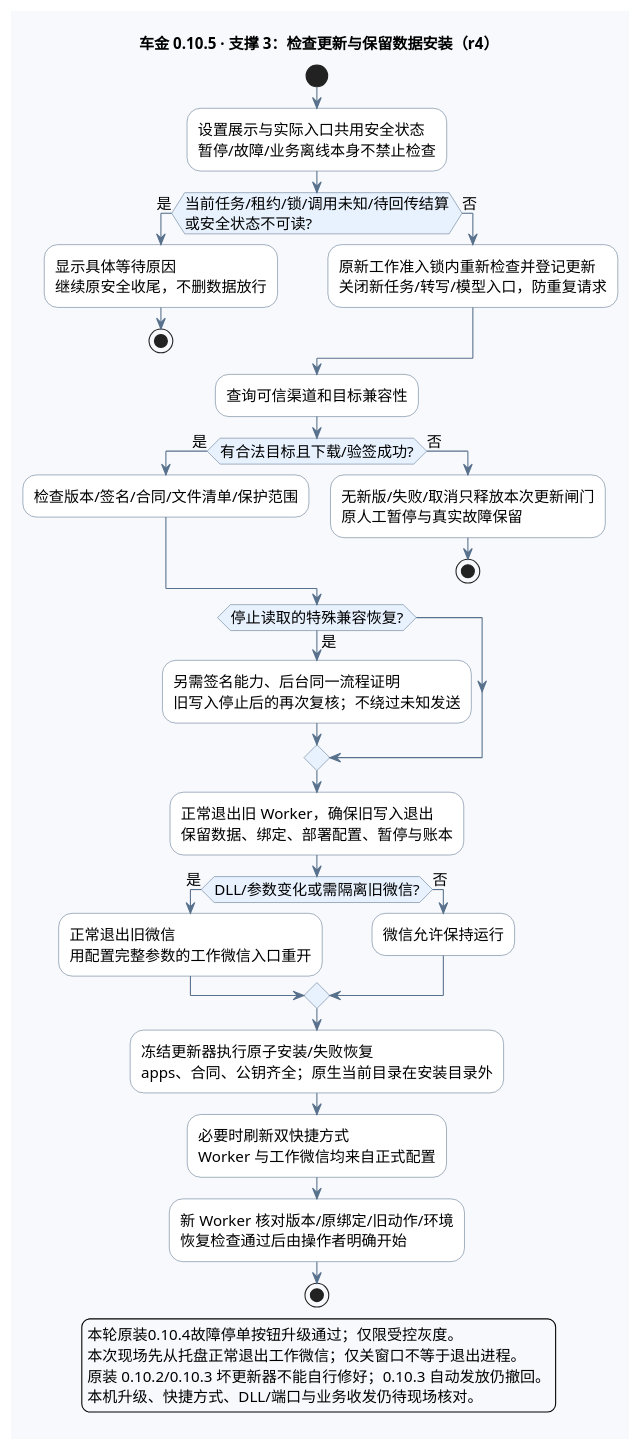
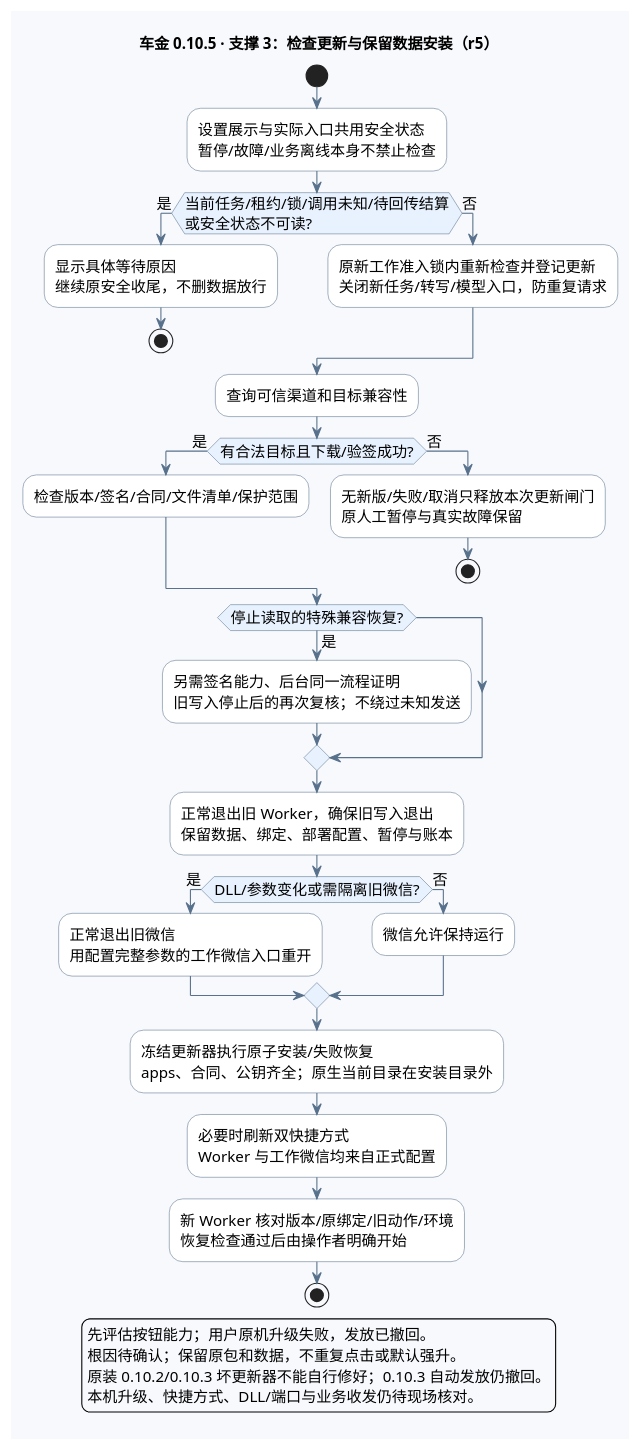
Before and after one commit to edwardzhang0304/chejin-ai-sales: the fourth of 4 diagrams in deliverables/AI智能客服售前跟进系统_全流程图_v0.10.5.puml, drawn with PlantUML. The commit also changed other lines of this file and 9 other files, not shown here.

```diff
--- a/deliverables/AI智能客服售前跟进系统_全流程图_v0.10.5.puml
+++ b/deliverables/AI智能客服售前跟进系统_全流程图_v0.10.5.puml
@@ -277,60 +277,60 @@
 @startuml update
 !pragma layout smetana
 skinparam defaultFontName "PingFang SC"
 skinparam defaultFontSize 14
 skinparam backgroundColor #F7F9FC
 skinparam shadowing false
 skinparam activityBackgroundColor #FFFFFF
 skinparam activityBorderColor #58718C
 skinparam activityDiamondBackgroundColor #E8F2FE
 skinparam activityDiamondBorderColor #58718C
 skinparam ArrowColor #58718C
 skinparam noteBackgroundColor #FFF4D9
 skinparam noteBorderColor #CDA556
-title 车金 0.10.5 · 支撑 3：检查更新与保留数据安装（r4）
+title 车金 0.10.5 · 支撑 3：检查更新与保留数据安装（r5）
 start
 :设置展示与实际入口共用安全状态
 暂停/故障/业务离线本身不禁止检查;
 if (当前任务/租约/锁/调用未知/待回传结算
 或安全状态不可读?) then (是)
   :显示具体等待原因
 继续原安全收尾，不删数据放行;
   stop
 else (否)
   :原新工作准入锁内重新检查并登记更新
 关闭新任务/转写/模型入口，防重复请求;
 endif
 :查询可信渠道和目标兼容性;
 if (有合法目标且下载/验签成功?) then (是)
   :检查版本/签名/合同/文件清单/保护范围;
 else (否)
   :无新版/失败/取消只释放本次更新闸门
 原人工暂停与真实故障保留;
   stop
 endif
 if (停止读取的特殊兼容恢复?) then (是)
   :另需签名能力、后台同一流程证明
 旧写入停止后的再次复核；不绕过未知发送;
 endif
 :正常退出旧 Worker，确保旧写入退出
 保留数据、绑定、部署配置、暂停与账本;
 if (DLL/参数变化或需隔离旧微信?) then (是)
   :正常退出旧微信
 用配置完整参数的工作微信入口重开;
 else (否)
   :微信允许保持运行;
 endif
 :冻结更新器执行原子安装/失败恢复
 apps、合同、公钥齐全；原生当前目录在安装目录外;
 :必要时刷新双快捷方式
 Worker 与工作微信均来自正式配置;
 :新 Worker 核对版本/原绑定/旧动作/环境
 恢复检查通过后由操作者明确开始;
 stop
 legend bottom
-本轮原装0.10.4故障停单按钮升级通过；仅限受控灰度。
-本次现场先从托盘正常退出工作微信；仅关窗口不等于退出进程。
+先评估按钮能力；用户原机升级失败，发放已撤回。
+根因待确认；保留原包和数据，不重复点击或默认强升。
 原装 0.10.2/0.10.3 坏更新器不能自行修好；0.10.3 自动发放仍撤回。
 本机升级、快捷方式、DLL/端口与业务收发仍待现场核对。
 endlegend
 @enduml
```
